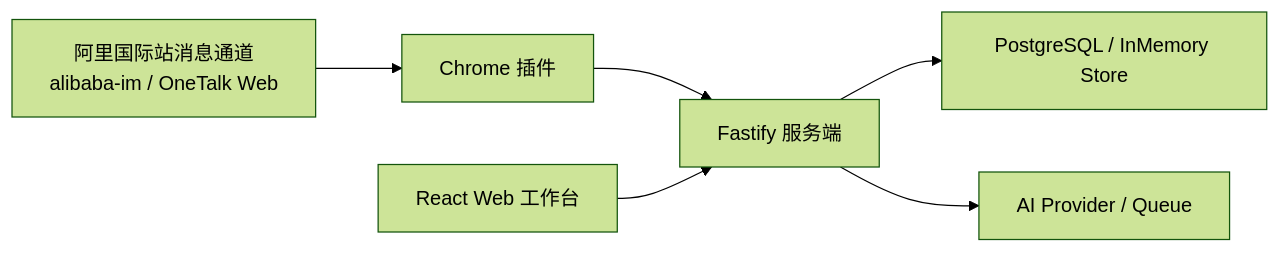
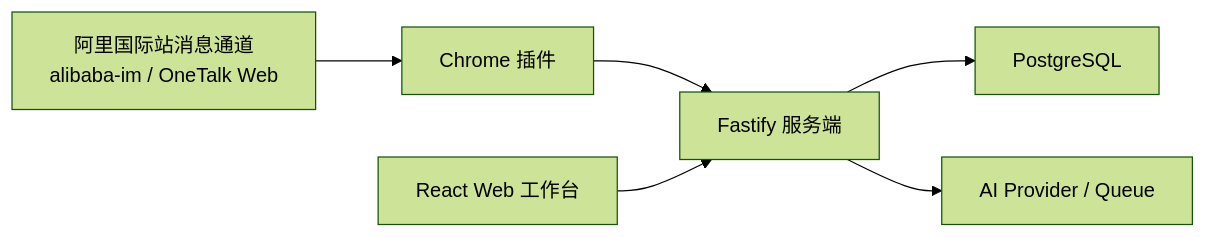
One commit to dongruiyang2024/TradeBridge changed the diagram in README.md. Above: the diagram before and after it, drawn with Mermaid (forest theme). The commit also changed other lines of this file and 10 other files, not shown here.

````diff
--- a/README.md
+++ b/README.md
@@ -40,8 +41,8 @@
 ```mermaid
 flowchart LR
   Alibaba["阿里国际站消息通道<br/>alibaba-im / OneTalk Web"] --> ChromeExt["Chrome 插件"]
   ChromeExt --> Server["Fastify 服务端"]
   Web["React Web 工作台"] --> Server
-  Server --> DB["PostgreSQL / InMemory Store"]
+  Server --> DB["PostgreSQL"]
   Server --> AI["AI Provider / Queue"]
 ```
````
